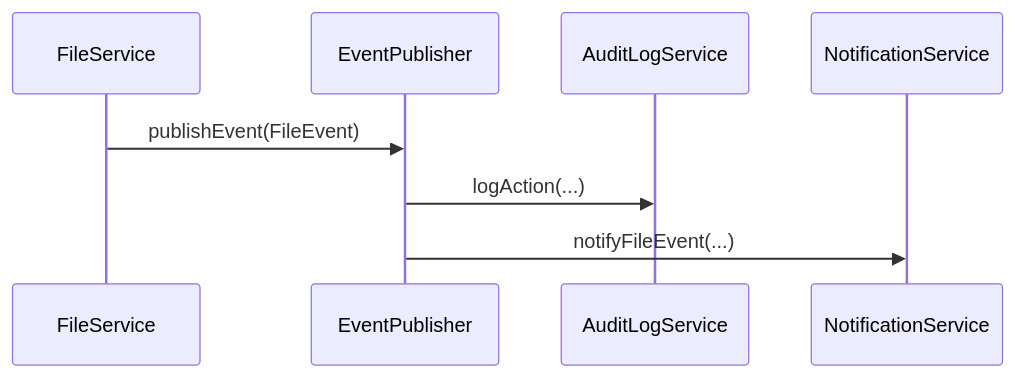
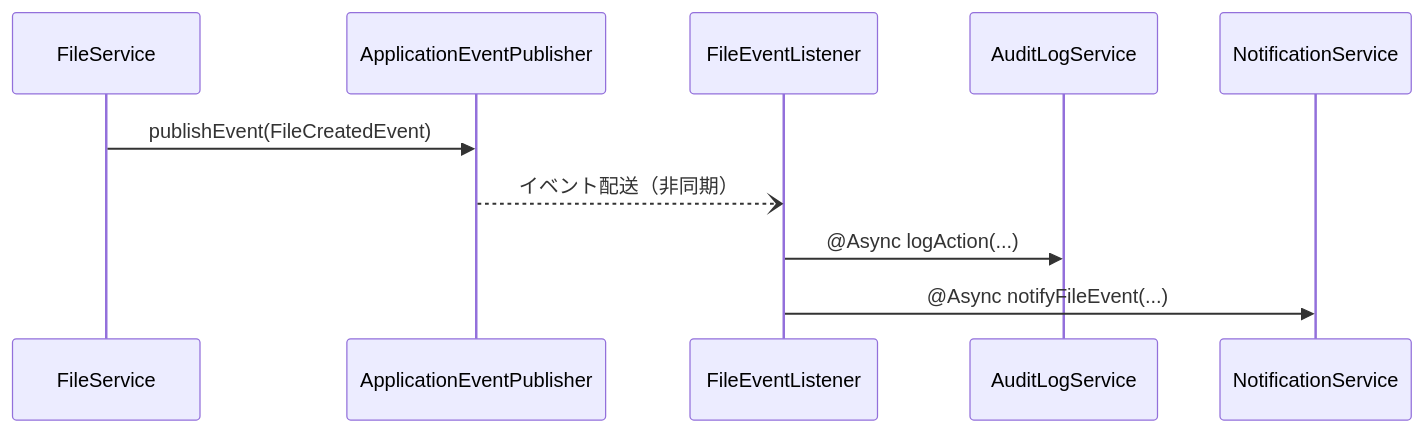
The diagram in docs/03_詳細設計/02_モジュール/01_共通機能/05_ファイル管理機能/03_インターフェース定義.md (fcircle-biz/ses_mgr), drawn with Mermaid before and after one commit. The commit also changed other lines of this file and 4 other files, not shown here.

````diff
--- a/docs/03_詳細設計/02_モジュール/01_共通機能/05_ファイル管理機能/03_インターフェース定義.md
+++ b/docs/03_詳細設計/02_モジュール/01_共通機能/05_ファイル管理機能/03_インターフェース定義.md
@@ -414,11 +860,14 @@
 ```mermaid
 sequenceDiagram
     participant Service as FileService
-    participant EventPublisher as EventPublisher
+    participant Publisher as ApplicationEventPublisher
+    participant Listener as FileEventListener
     participant AuditLog as AuditLogService
     participant Notification as NotificationService
     
-    Service->>EventPublisher: publishEvent(FileEvent)
-    EventPublisher->>AuditLog: logAction(...)
-    EventPublisher->>Notification: notifyFileEvent(...)
+    Service->>Publisher: publishEvent(FileCreatedEvent)
+    Publisher--)Listener: イベント配送（非同期）
+    
+    Listener->>AuditLog: @Async logAction(...)
+    Listener->>Notification: @Async notifyFileEvent(...)
 ```
````
